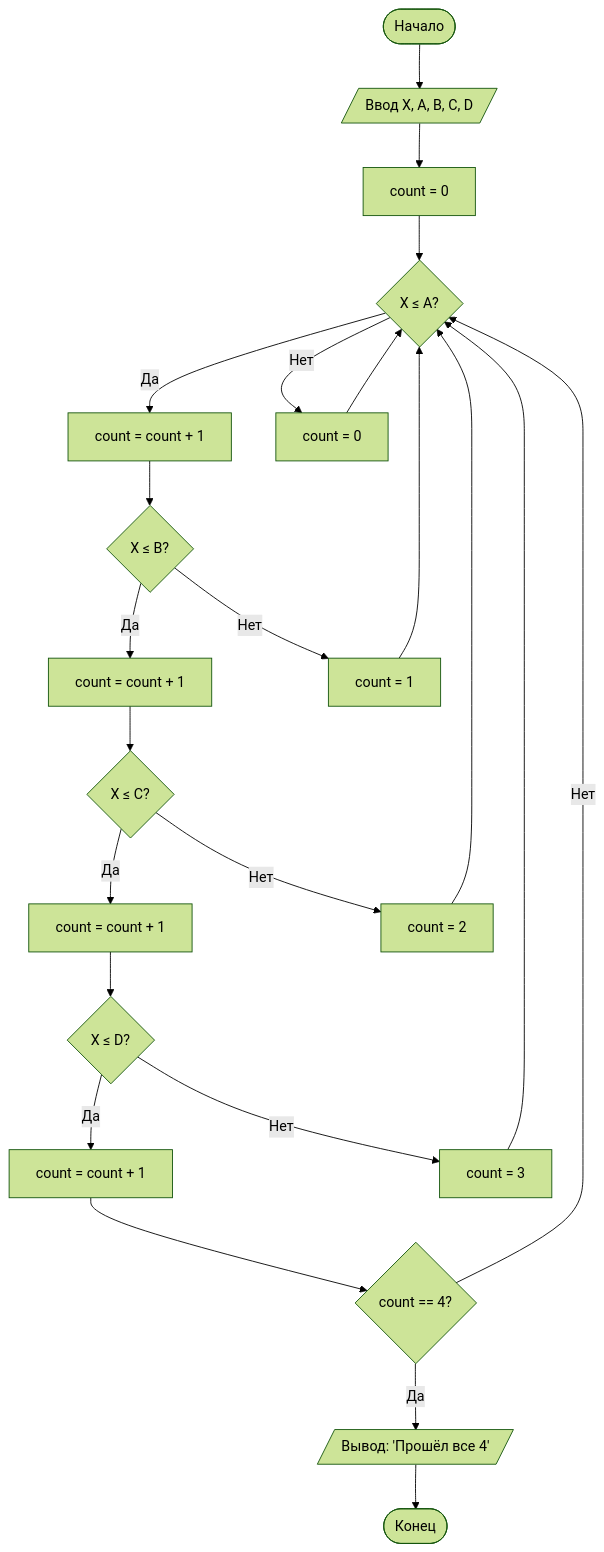
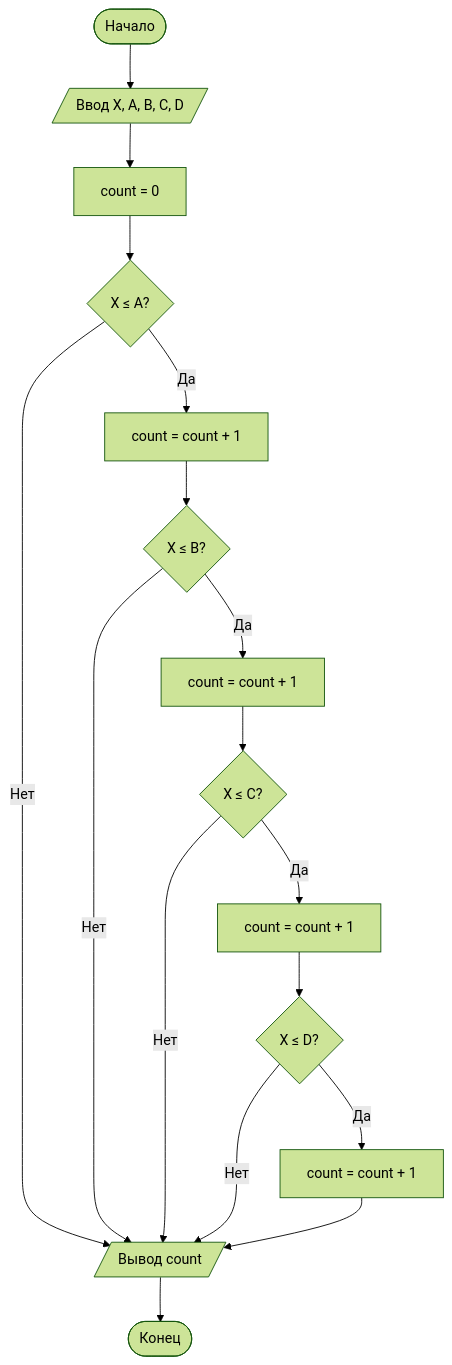
Before and after one commit to vidermanaleksandra/Lab1: the diagram in README.md, drawn with Mermaid (forest theme). The commit also changed other lines of this file, not shown here.

````diff
--- a/README.md
+++ b/README.md
@@ -77,36 +77,24 @@
  ```mermaid
- flowchart TD
-    Start([Начало]) --> Input[/Ввод X, A, B, C, D/]
-    Input --> Init[count = 0]
+flowchart TD
+    A([Начало]) --> B[/Ввод X, A, B, C, D/]
+    B --> C[count = 0]
 
-    Init --> CheckA{X ≤ A?}
-    CheckA -- Да --> IncA[count = count + 1]
-    CheckA -- Нет --> ResetA[count = 0]
+    C --> D{X ≤ A?}
+    D -- Нет --> K[/Вывод count/]
+    D -- Да --> E[count = count + 1]
 
-    IncA --> CheckB
-    ResetA --> CheckA
+    E --> F{X ≤ B?}
+    F -- Нет --> K
+    F -- Да --> G[count = count + 1]
 
-    CheckB{X ≤ B?} -- Да --> IncB[count = count + 1]
-    CheckB -- Нет --> ResetB[count = 1]
+    G --> H{X ≤ C?}
+    H -- Нет --> K
+    H -- Да --> I[count = count + 1]
 
-    IncB --> CheckC
-    ResetB --> CheckA
+    I --> J{X ≤ D?}
+    J -- Нет --> K
+    J -- Да --> L[count = count + 1]
+    L --> K
 
-    CheckC{X ≤ C?} -- Да --> IncC[count = count + 1]
-    CheckC -- Нет --> ResetC[count = 2]
-
-    IncC --> CheckD
-    ResetC --> CheckA
-
-    CheckD{X ≤ D?} -- Да --> IncD[count = count + 1]
-    CheckD -- Нет --> ResetD[count = 3]
-
-    IncD --> Success{count == 4?}
-    ResetD --> CheckA
-
-    Success -- Да --> Output[/Вывод: 'Прошёл все 4'/]
-    Success -- Нет --> CheckA
-
-    Output --> End([Конец])
-
+    K --> M([Конец])
 ```
````
